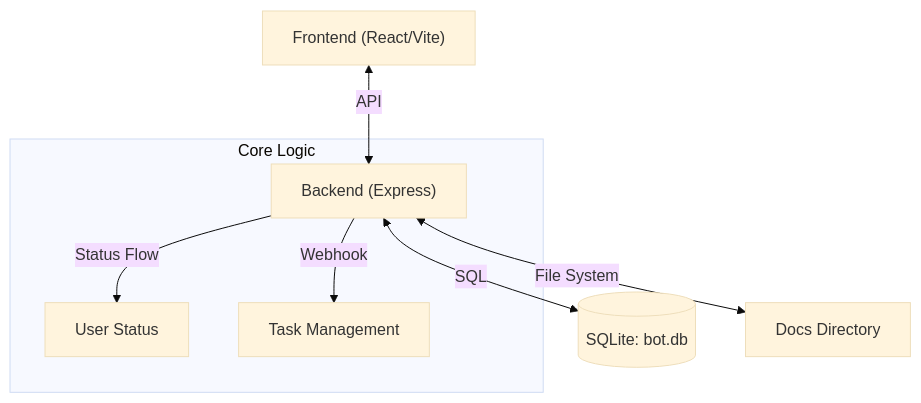
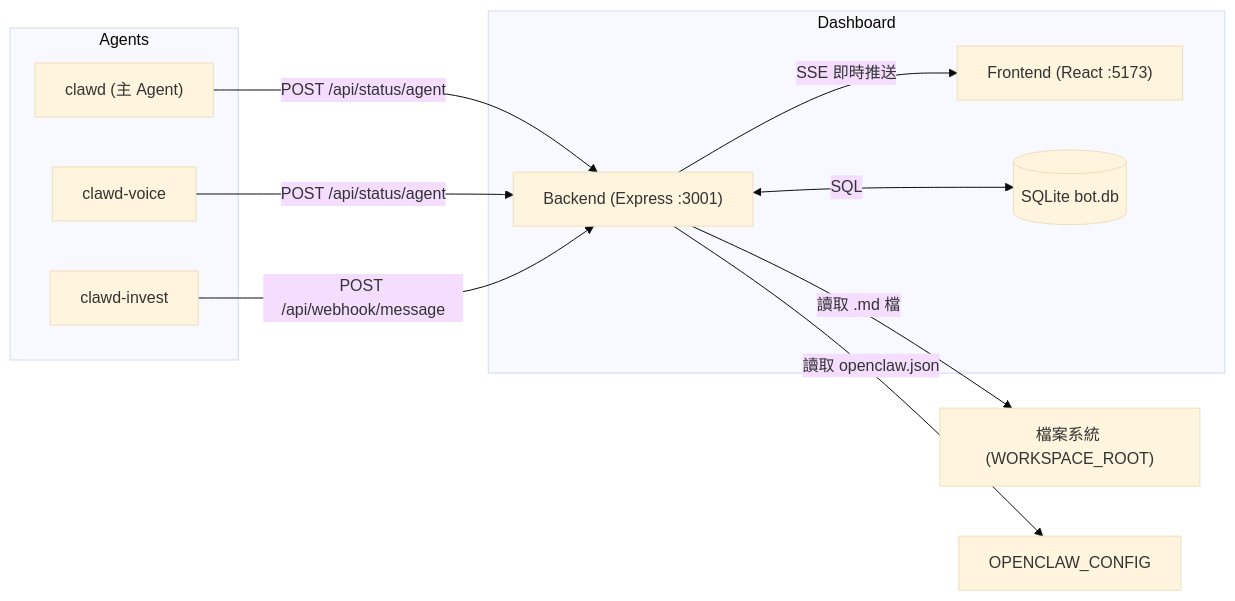
The diagram in README.md (tbdavid2019/ClawDashboard), drawn with Mermaid (base theme) before and after one commit. The commit also changed other lines of this file and 2 other files, not shown here.

First line of the commit message:
docs: rewrite agent integration docs + architecture in README

````diff
--- a/README.md
+++ b/README.md
@@ -209,11 +211,22 @@
 ```mermaid
-graph TD
-    Client["Frontend (React/Vite)"] <-->|API| Server["Backend (Express)"]
-    Server <-->|SQL| DB[("SQLite: bot.db")]
-    Server <-->|File System| Docs["Docs Directory"]
-    
-    subgraph Core Logic
-    Server -- Status Flow --> Status["User Status"]
-    Server -- Webhook --> Task["Task Management"]
+graph LR
+    subgraph Agents
+      A1["clawd (主 Agent)"]
+      A2["clawd-voice"]
+      A3["clawd-invest"]
     end
+
+    subgraph Dashboard
+      BE["Backend (Express :3001)"]
+      FE["Frontend (React :5173)"]
+      DB[(SQLite bot.db)]
+    end
+
+    A1 -->|POST /api/status/agent| BE
+    A2 -->|POST /api/status/agent| BE
+    A3 -->|POST /api/webhook/message| BE
+    BE <-->|SQL| DB
+    BE -->|SSE 即時推送| FE
+    BE -->|讀取 .md 檔| FS["檔案系統 (WORKSPACE_ROOT)"]
+    BE -->|讀取 openclaw.json| CFG["OPENCLAW_CONFIG"]
 ```
````
